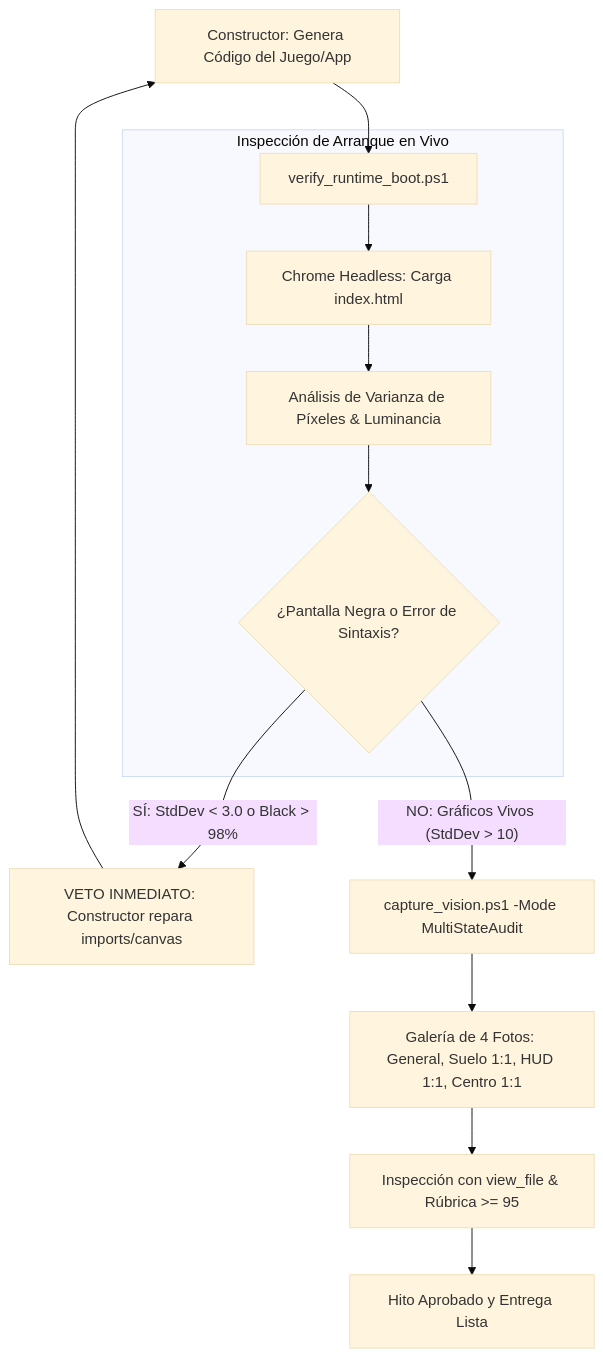
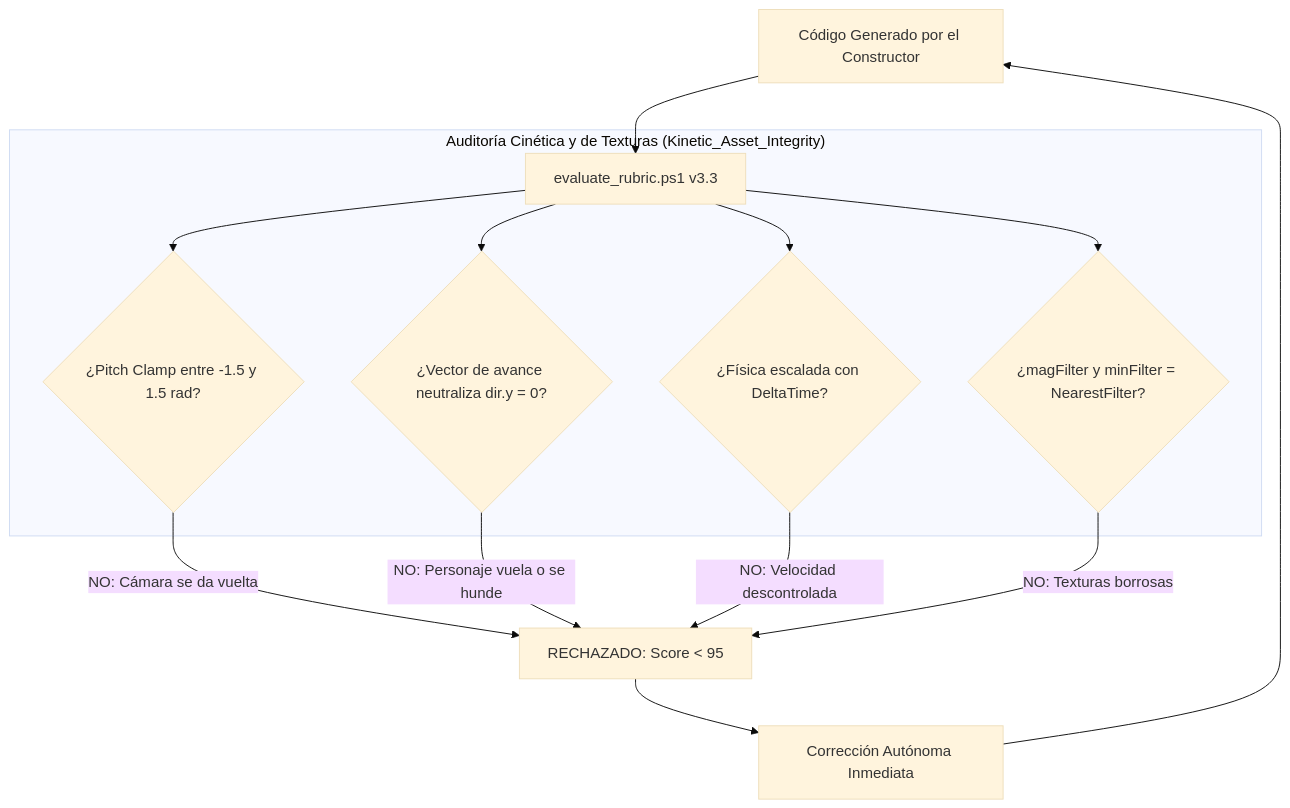
One commit to BryanGM12/antigravity-ultra-goal changed the diagram in README.md. Above: the diagram before and after it, drawn with Mermaid (base theme). The commit also changed other lines of this file and 4 other files, not shown here.

Commit message:
feat(v3.3.0): implement Kinetic & Camera Stability Gate (Pitch Clamping, Zeroed-Y Movement, DeltaTime) and NearestFilter Texture Quality Gate

````diff
--- a/README.md
+++ b/README.md
@@ -46,18 +39,19 @@
 ```mermaid
 graph TD
-    Builder[Constructor: Genera Código del Juego/App] --> PreFlight[verify_runtime_boot.ps1]
+    Code[Código Generado por el Constructor] --> RubricScan[evaluate_rubric.ps1 v3.3]
     
-    subgraph "Inspección de Arranque en Vivo"
-        PreFlight --> Headless[Chrome Headless: Carga index.html]
-        Headless --> PixelAnalysis[Análisis de Varianza de Píxeles & Luminancia]
-        PixelAnalysis --> Check{¿Pantalla Negra o Error de Sintaxis?}
+    subgraph "Auditoría Cinética y de Texturas (Kinetic_Asset_Integrity)"
+        RubricScan --> CheckPitch{¿Pitch Clamp entre -1.5 y 1.5 rad?}
+        RubricScan --> CheckDirY{¿Vector de avance neutraliza dir.y = 0?}
+        RubricScan --> CheckDelta{¿Física escalada con DeltaTime?}
+        RubricScan --> CheckTextures{¿magFilter y minFilter = NearestFilter?}
     end
     
-    Check -- "SÍ: StdDev < 3.0 o Black > 98%" --> AutoFix[VETO INMEDIATO: Constructor repara imports/canvas]
-    AutoFix --> Builder
+    CheckPitch -- "NO: Cámara se da vuelta" --> Reject[RECHAZADO: Score < 95]
+    CheckDirY -- "NO: Personaje vuela o se hunde" --> Reject
+    CheckDelta -- "NO: Velocidad descontrolada" --> Reject
+    CheckTextures -- "NO: Texturas borrosas" --> Reject
     
-    Check -- "NO: Gráficos Vivos (StdDev > 10)" --> MultiVision[capture_vision.ps1 -Mode MultiStateAudit]
-    MultiVision --> Gallery[Galería de 4 Fotos: General, Suelo 1:1, HUD 1:1, Centro 1:1]
-    Gallery --> Auditor[Inspección con view_file & Rúbrica >= 95]
-    Auditor --> Approved[Hito Aprobado y Entrega Lista]
+    Reject --> AutoFix[Corrección Autónoma Inmediata]
+    AutoFix --> Code
 ```
````
